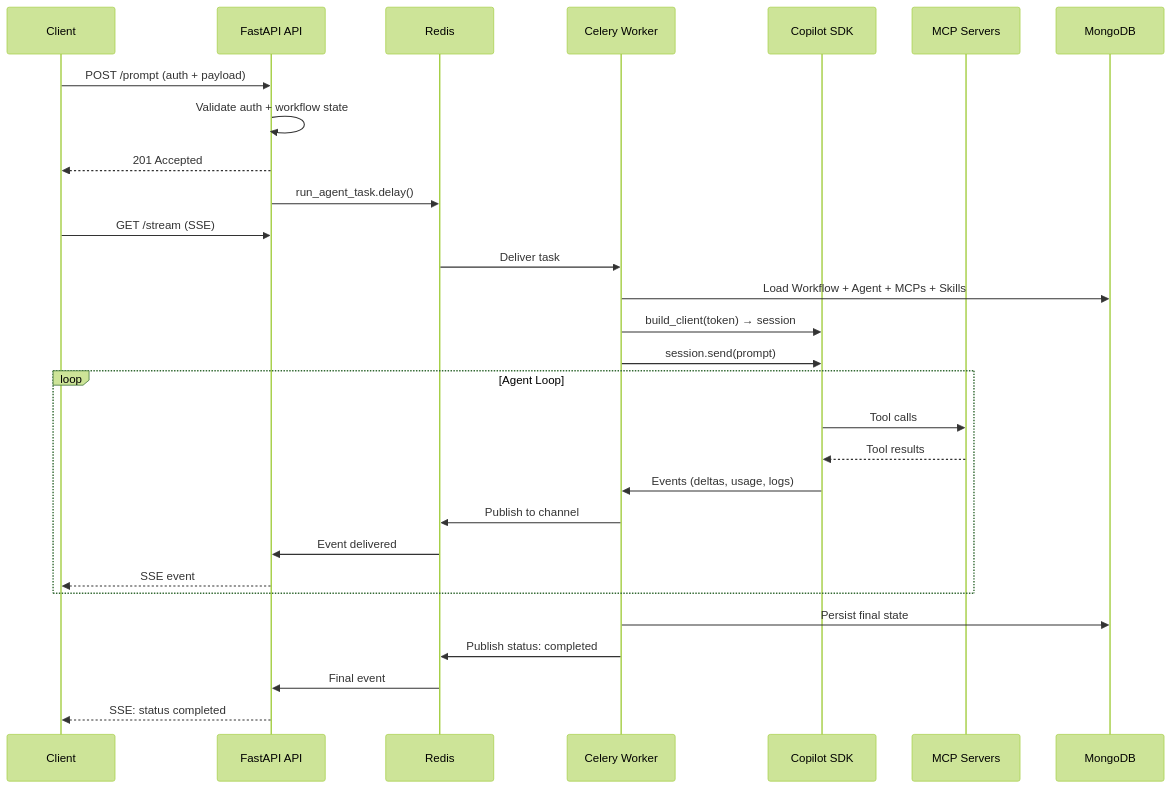
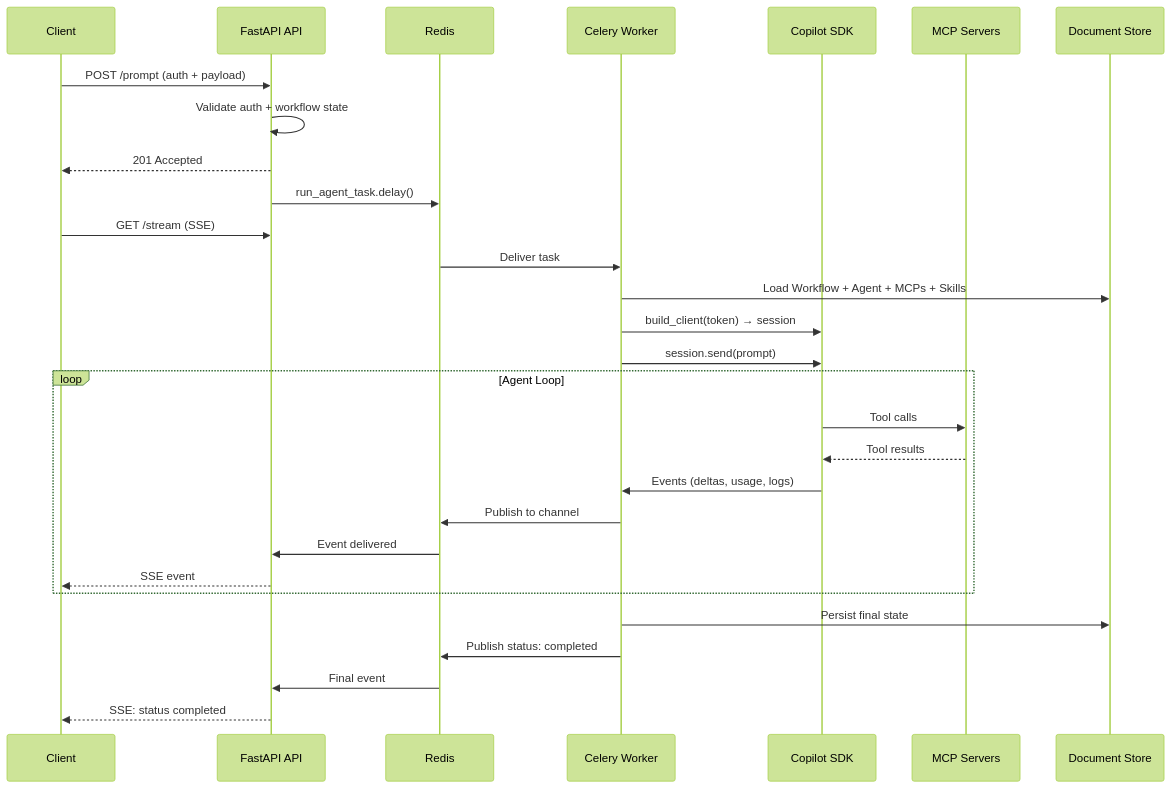
Before and after one commit to naaico-tech/tbd-agents: the second of 2 diagrams in docs/architecture/system-overview.md, drawn with Mermaid (forest theme). The commit also changed other lines of this file and 42 other files, not shown here.

````diff
--- a/docs/architecture/system-overview.md
+++ b/docs/architecture/system-overview.md
@@ -107,36 +111,36 @@
 ```mermaid
 sequenceDiagram
     participant Client
     participant API as FastAPI API
     participant Redis
     participant Worker as Celery Worker
     participant SDK as Copilot SDK
     participant MCP as MCP Servers
-    participant Mongo as MongoDB
+    participant Store as Document Store
 
     Client->>API: POST /prompt (auth + payload)
     API->>API: Validate auth + workflow state
     API-->>Client: 201 Accepted
     API->>Redis: run_agent_task.delay()
 
     Client->>API: GET /stream (SSE)
 
     Redis->>Worker: Deliver task
-    Worker->>Mongo: Load Workflow + Agent + MCPs + Skills
+    Worker->>Store: Load Workflow + Agent + MCPs + Skills
     Worker->>SDK: build_client(token) → session
     Worker->>SDK: session.send(prompt)
 
     loop Agent Loop
         SDK->>MCP: Tool calls
         MCP-->>SDK: Tool results
         SDK->>Worker: Events (deltas, usage, logs)
         Worker->>Redis: Publish to channel
         Redis->>API: Event delivered
         API-->>Client: SSE event
     end
 
-    Worker->>Mongo: Persist final state
+    Worker->>Store: Persist final state
     Worker->>Redis: Publish status: completed
     Redis->>API: Final event
     API-->>Client: SSE: status completed
 ```
````
